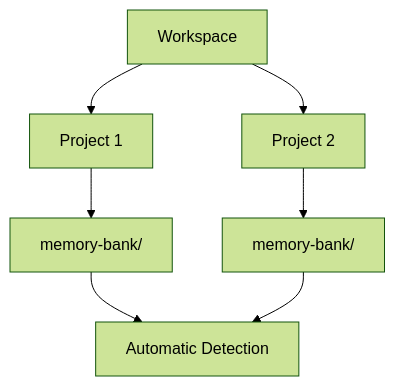
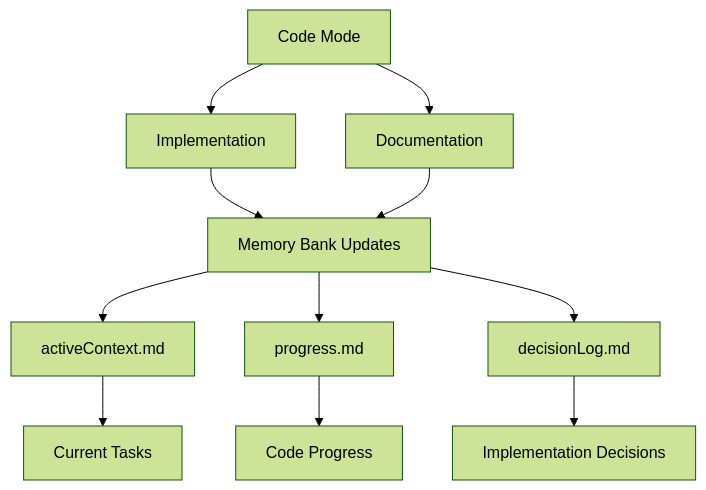
One commit to shaunie2fly/roo-code-memory-bank changed the fifth of 8 diagrams in README.md. Above: the diagram before and after it, drawn with Mermaid (forest theme). The commit also changed other lines of this file, not shown here.

````diff
--- a/README.md
+++ b/README.md
@@ -173,9 +231,13 @@
 ```mermaid
 graph TD
-    A[Workspace] --> B[Project 1]
-    A --> C[Project 2]
-    B --> D[memory-bank/]
-    C --> E[memory-bank/]
-    D --> F[Automatic Detection]
-    E --> F
+    A[Code Mode] --> B[Implementation]
+    A --> C[Documentation]
+    B --> D[Memory Bank Updates]
+    C --> D
+    D --> E[activeContext.md]
+    D --> F[progress.md]
+    D --> G[decisionLog.md]
+    E --> H[Current Tasks]
+    F --> I[Code Progress]
+    G --> J[Implementation Decisions]
 ```
````
